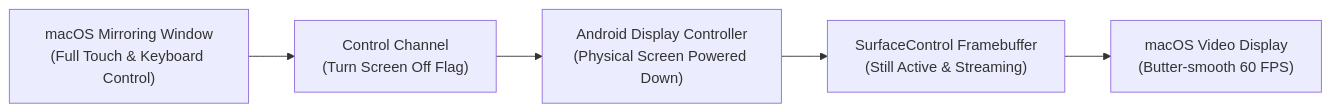
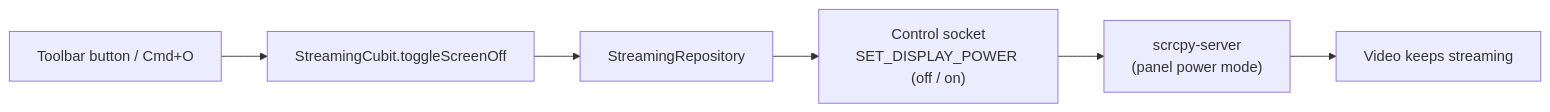
Before and after one commit to az-coder-123/azdroid: the diagram in docs/features/screen-off-streaming.md, drawn with Mermaid. The commit also changed other lines of this file and 13 other files, not shown here.

Commit message:
docs: document screen-off mirroring and record its lessons

````diff
--- a/docs/features/screen-off-streaming.md
+++ b/docs/features/screen-off-streaming.md
@@ -15,7 +15,8 @@
 ```mermaid
 flowchart LR
-    MacUser["macOS Mirroring Window\n(Full Touch & Keyboard Control)"] --> Socket["Control Channel\n(Turn Screen Off Flag)"]
-    Socket --> AndroidHardware["Android Display Controller\n(Physical Screen Powered Down)"]
-    AndroidHardware --> SurfaceCapture["SurfaceControl Framebuffer\n(Still Active & Streaming)"]
-    SurfaceCapture --> VideoFeed["macOS Video Display\n(Butter-smooth 60 FPS)"]
+    Toggle["Toolbar button / Cmd+O"] --> Cubit["StreamingCubit.toggleScreenOff"]
+    Cubit --> Repo["StreamingRepository"]
+    Repo --> Control["Control socket\nSET_DISPLAY_POWER (off / on)"]
+    Control --> Server["scrcpy-server\n(panel power mode)"]
+    Server --> Video["Video keeps streaming"]
 ```
````
